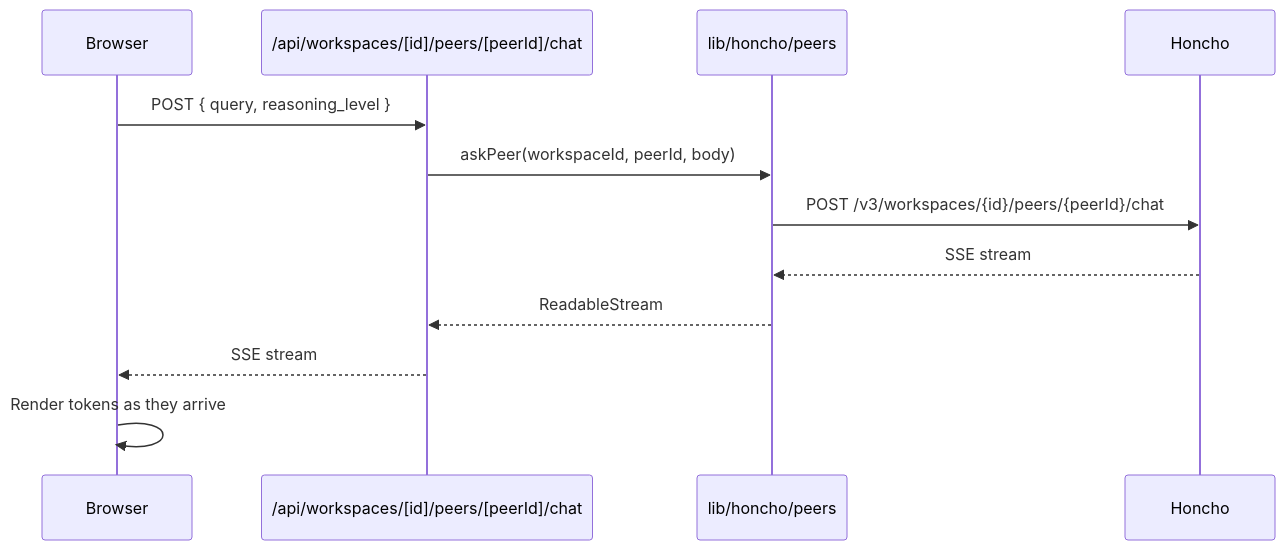
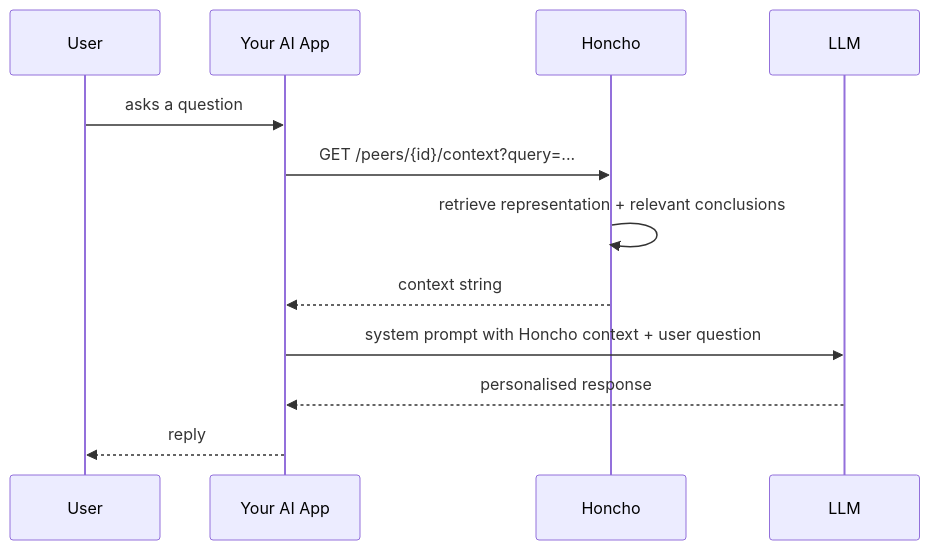
One commit to samrocksc/honcho-mcdesktop changed the second of 3 diagrams in README.md. Above: the diagram before and after it, drawn with Mermaid. The commit also changed other lines of this file and 1 other file, not shown here.

First line of the commit message:
docs: revise README, move architecture to .agents/docs/

````diff
--- a/README.md
+++ b/README.md
@@ -116,15 +99,15 @@
 ```mermaid
 sequenceDiagram
-    participant Browser
-    participant API as /api/workspaces/[id]/peers/[peerId]/chat
-    participant lib as lib/honcho/peers
+    participant User
+    participant YourApp as Your AI App
     participant Honcho
+    participant LLM
 
-    Browser->>API: POST { query, reasoning_level }
-    API->>lib: askPeer(workspaceId, peerId, body)
-    lib->>Honcho: POST /v3/workspaces/{id}/peers/{peerId}/chat
-    Honcho-->>lib: SSE stream
-    lib-->>API: ReadableStream
-    API-->>Browser: SSE stream
-    Browser->>Browser: Render tokens as they arrive
+    User->>YourApp: asks a question
+    YourApp->>Honcho: GET /peers/{id}/context?query=...
+    Honcho->>Honcho: retrieve representation + relevant conclusions
+    Honcho-->>YourApp: context string
+    YourApp->>LLM: system prompt with Honcho context + user question
+    LLM-->>YourApp: personalised response
+    YourApp-->>User: reply
 ```
````
